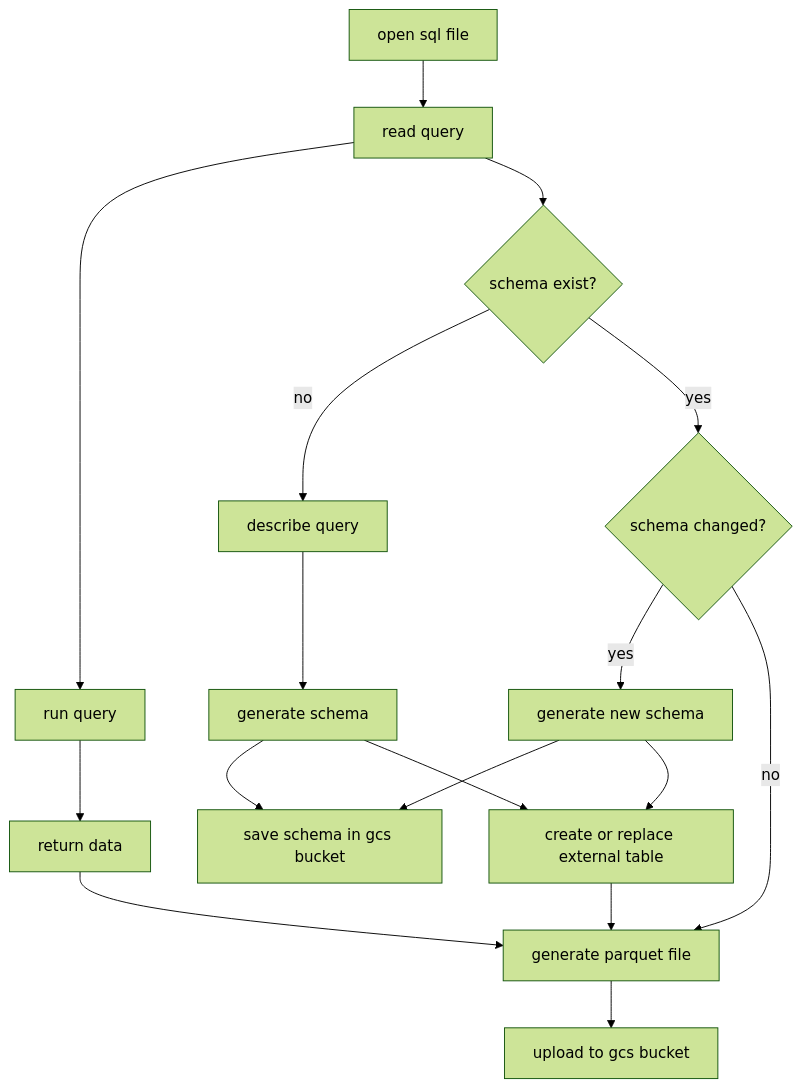
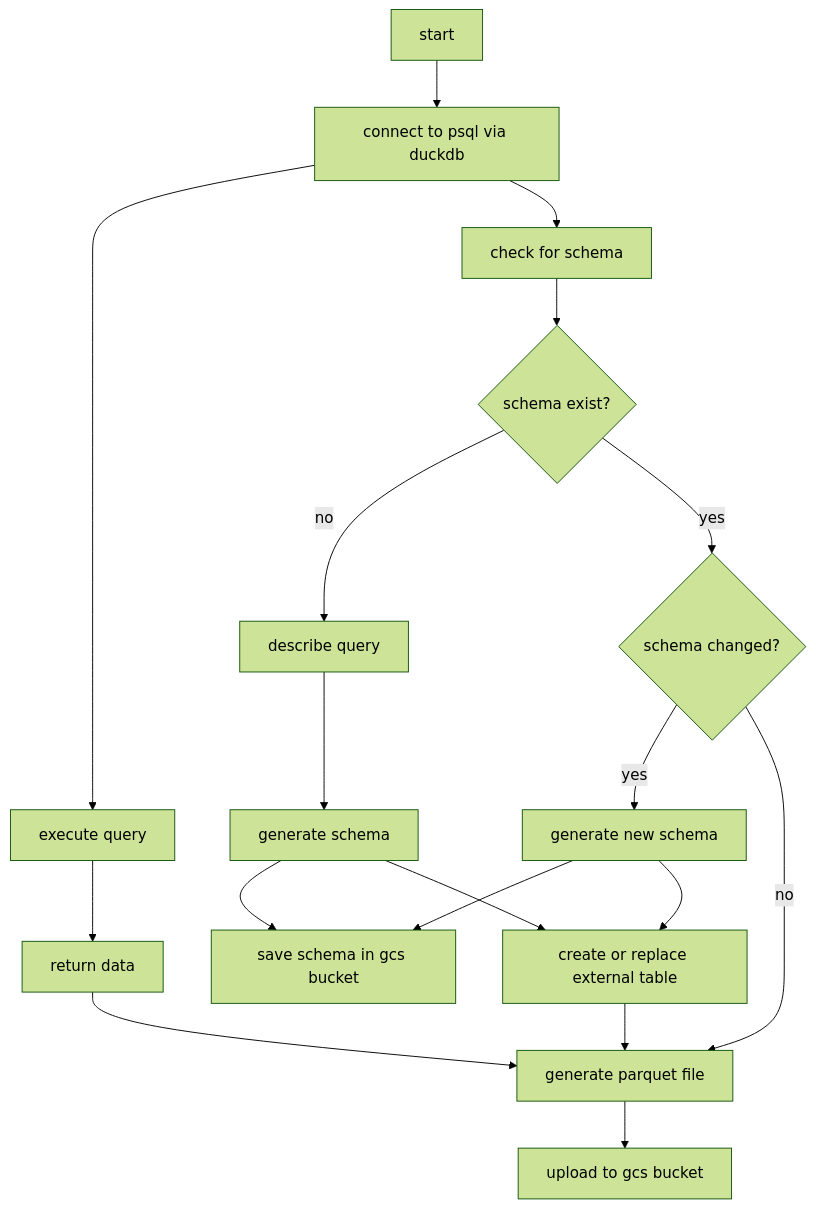
The diagram in research/duckdb-research/README.md (oyindonesia/data-engineering-tolic), drawn with Mermaid (forest theme) before and after one commit. The commit also changed 6 other files, not shown here.

````diff
--- a/research/duckdb-research/README.md
+++ b/research/duckdb-research/README.md
@@ -3,35 +3,36 @@
 ```mermaid
 flowchart TD
 
-a[open sql file]
-b[read query]
-c[run query]
+a[start]
+b[connect to psql via duckdb]
+c[execute query]
 d[return data]
 e[generate parquet file]
 f[upload to gcs bucket]
 
 a-->b-->c-->d-->e-->f
 
+bw[check for schema]
 bq{schema exist?}
 ba[describe query]
 bb[generate schema]
 bc[save schema in gcs bucket]
 bd[create or replace external table]
 bca{schema changed?}
 bcb[generate new schema]
 
-b-->bq
+b-->bw-->bq
 bq-->|no| ba
 bq-->|yes| bca
 
 ba-->bb-->bc
 
 bca-->|yes| bcb
 bca-->|no| e
 
 bcb-->bc
 bb-->bd
 bcb-->bd
 
 bd-->e
 ```
````
